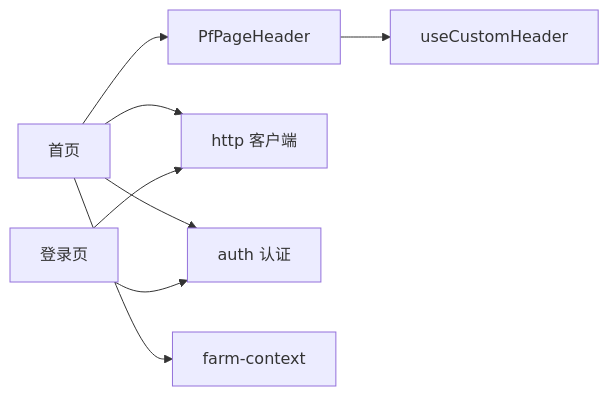
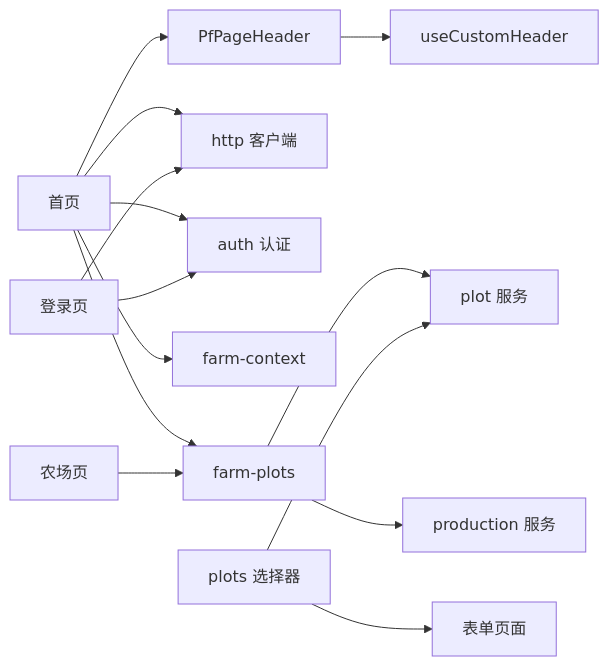
The seventh of 7 diagrams in .qoder/repowiki/zh/content/前端应用/应用架构设计.md (wungjyan/pocket-farm), drawn with Mermaid before and after one commit. The commit also changed other lines of this file and 198 other files, not shown here.

````diff
--- a/.qoder/repowiki/zh/content/前端应用/应用架构设计.md
+++ b/.qoder/repowiki/zh/content/前端应用/应用架构设计.md
@@ -246,10 +335,16 @@
 ```mermaid
 graph LR
 Home["首页"] --> Header["PfPageHeader"]
 Home --> Http["http 客户端"]
 Home --> Auth["auth 认证"]
 Home --> FarmCtx["farm-context"]
+Home --> FarmPlots["farm-plots"]
+Farm["农场页"] --> FarmPlots
+FarmPlots --> PlotService["plot 服务"]
+FarmPlots --> ProductionService["production 服务"]
+PlotSelector["plots 选择器"] --> PlotService
+PlotSelector --> FormPages["表单页面"]
 Header --> CustomHdr["useCustomHeader"]
 Login["登录页"] --> Auth
 Login --> Http
 ```
````
